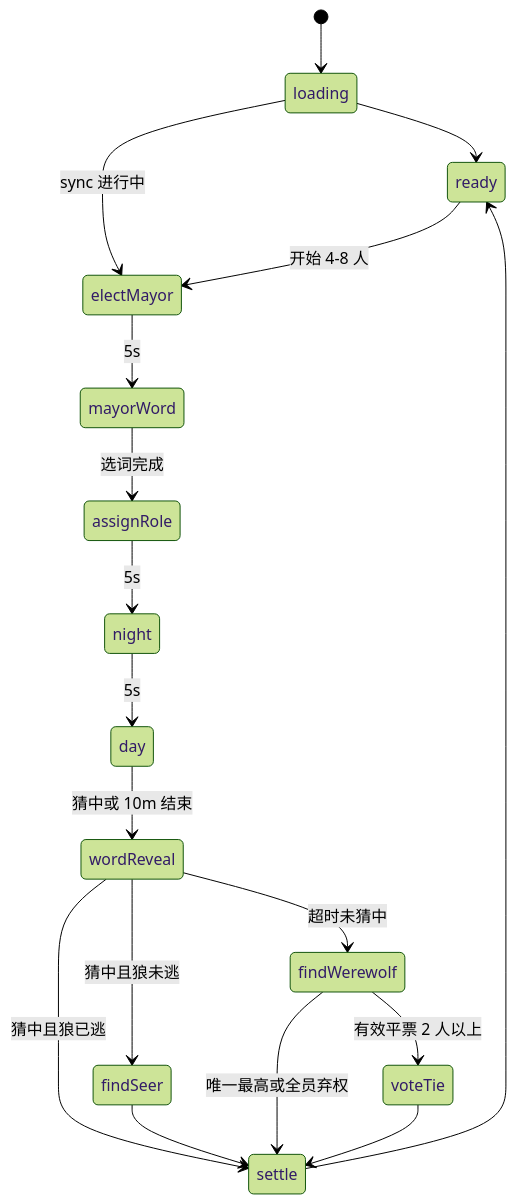
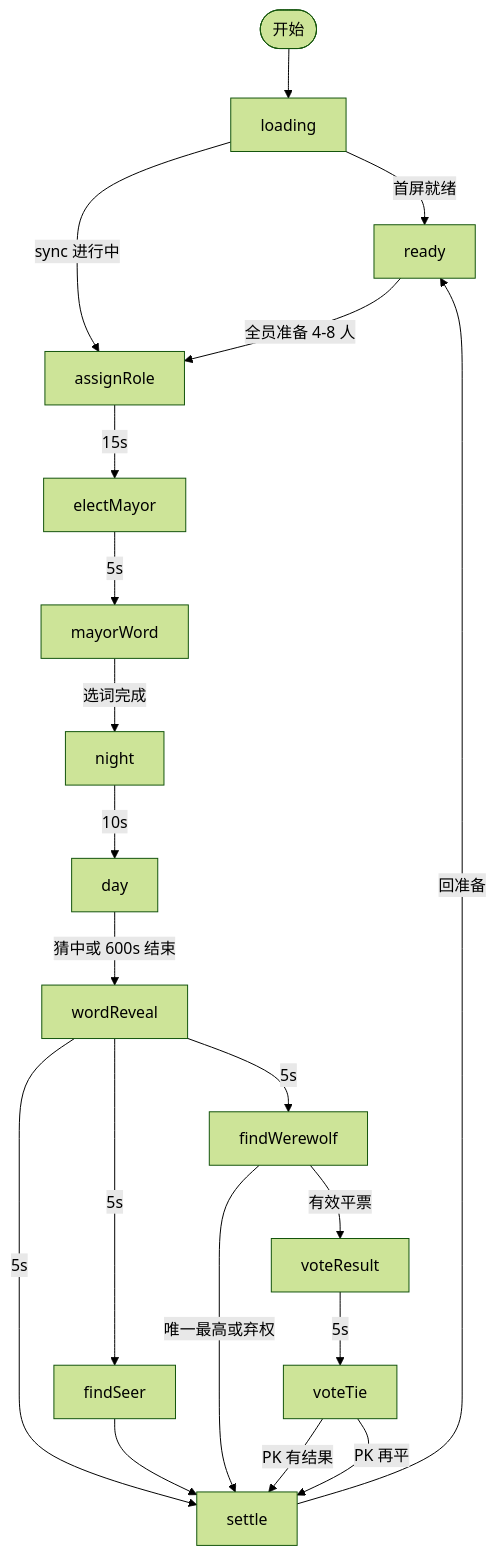
One commit to jawnzve/h5-game-kit changed the diagram in docs/templates/product-doc.example.md. Above: the diagram before and after it, drawn with Mermaid (forest theme). The commit also changed other lines of this file and 47 other files, not shown here.

````diff
--- a/docs/templates/product-doc.example.md
+++ b/docs/templates/product-doc.example.md
@@ -85,20 +98,22 @@
 ```mermaid
-stateDiagram-v2
-  [*] --> loading
-  loading --> ready
-  loading --> electMayor: sync 进行中
-  ready --> electMayor: 开始 4-8 人
-  electMayor --> mayorWord: 5s
-  mayorWord --> assignRole: 选词完成
-  assignRole --> night: 5s
-  night --> day: 5s
-  day --> wordReveal: 猜中或 10m 结束
-  wordReveal --> findSeer: 猜中且狼未逃
-  wordReveal --> settle: 猜中且狼已逃
-  wordReveal --> findWerewolf: 超时未猜中
+flowchart TB
+  start([开始]) --> loading
+  loading -->|首屏就绪| ready
+  loading -->|sync 进行中| assignRole
+  ready -->|全员准备 4-8 人| assignRole
+  assignRole -->|15s| electMayor
+  electMayor -->|5s| mayorWord
+  mayorWord -->|选词完成| night
+  night -->|10s| day
+  day -->|猜中或 600s 结束| wordReveal
+  wordReveal -->|5s| findSeer
+  wordReveal -->|5s| findWerewolf
+  wordReveal -->|5s| settle
   findSeer --> settle
-  findWerewolf --> settle: 唯一最高或全员弃权
-  findWerewolf --> voteTie: 有效平票 2 人以上
-  voteTie --> settle
-  settle --> ready
+  findWerewolf -->|唯一最高或弃权| settle
+  findWerewolf -->|有效平票| voteResult
+  voteResult -->|5s| voteTie
+  voteTie -->|PK 有结果| settle
+  voteTie -->|PK 再平| settle
+  settle -->|回准备| ready
 ```
````
